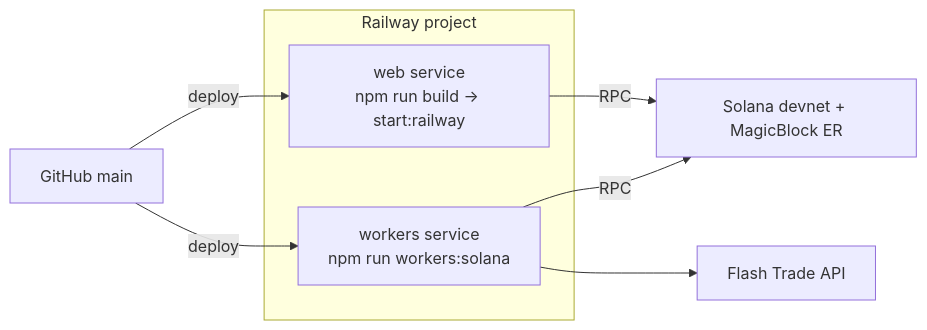
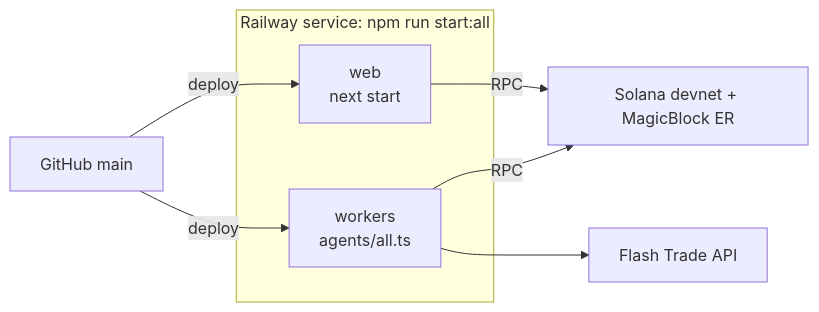
One commit to enliven17/mimir-markets changed the sixth of 6 diagrams in README.md. Above: the diagram before and after it, drawn with Mermaid. The commit also changed other lines of this file and 4 other files, not shown here.

Commit message:
docs: bring the readme, docs page, solana and council docs in line with the v3 propose-dispute-finalize flow, the 20-persona council, ansem markets and the single railway service

````diff
--- a/README.md
+++ b/README.md
@@ -392,11 +394,11 @@
 ```mermaid
 flowchart LR
     REPO[GitHub main] -->|deploy| W & WEB
-    subgraph railway[Railway project]
-        W["workers service<br/>npm run workers:solana"]
-        WEB["web service<br/>npm run build → start:railway"]
+    subgraph railway[Railway service: npm run start:all]
+        W["workers<br/>agents/all.ts"]
+        WEB["web<br/>next start"]
     end
     W -->|RPC| SOL[Solana devnet + MagicBlock ER]
     WEB -->|RPC| SOL
     W --> FLASH[Flash Trade API]
 ```
````
